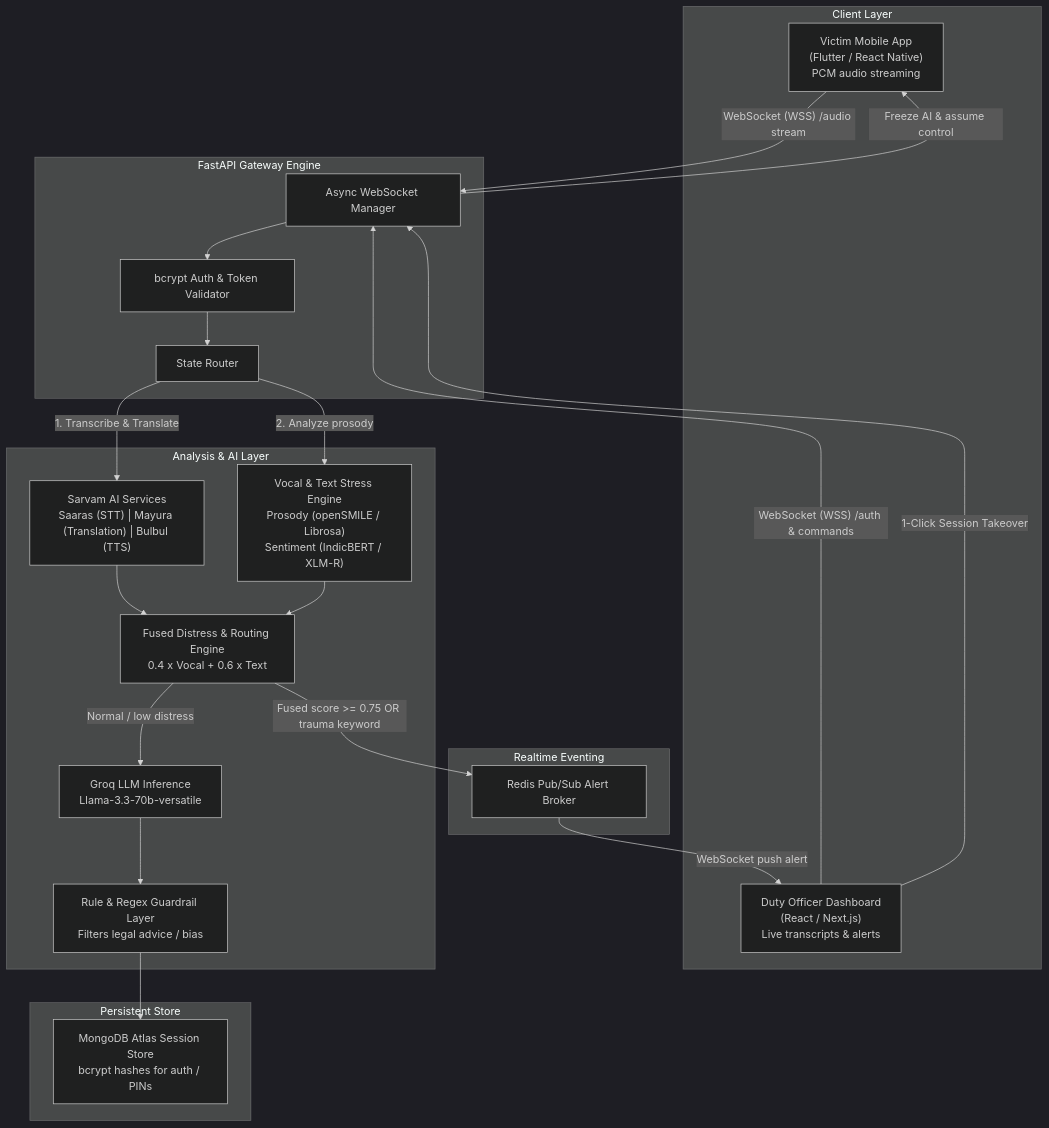
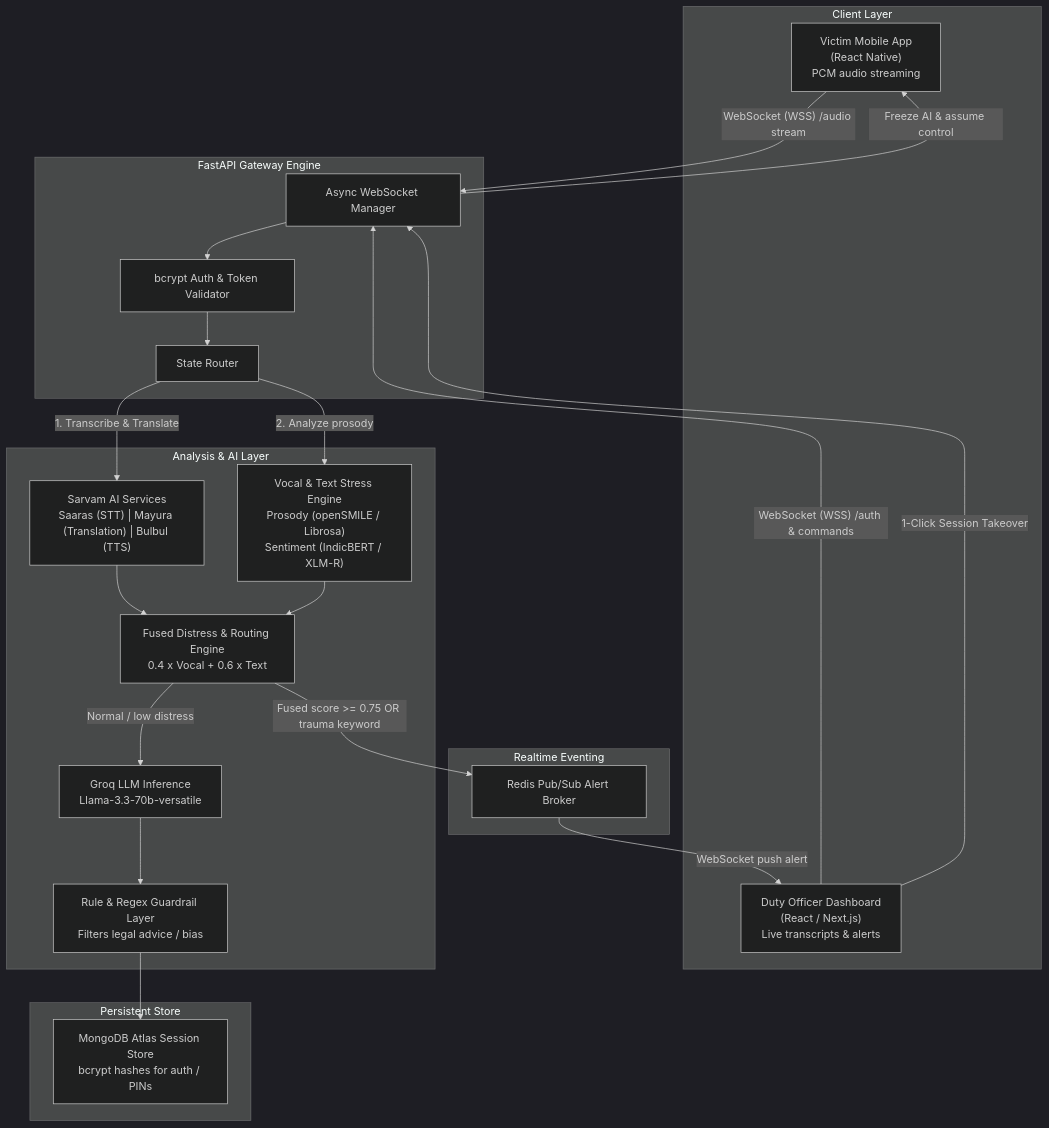
The first of 2 diagrams in README.md (suyashB45/SIH-PROJECT-2026), drawn with Mermaid (dark theme) before and after one commit. The commit also changed other lines of this file, not shown here.

Commit message:
Update README.md: Correct technology stack for Frontend & UI/UX Engineer and adjust client app description

````diff
--- a/README.md
+++ b/README.md
@@ -72,51 +72,51 @@
 ```mermaid
 flowchart TB
     subgraph Client["Client Layer"]
-        Mobile["Victim Mobile App<br/>(Flutter / React Native)<br/>PCM audio streaming"]
+        Mobile["Victim Mobile App<br/>(React Native)<br/>PCM audio streaming"]
         Officer["Duty Officer Dashboard<br/>(React / Next.js)<br/>Live transcripts & alerts"]
     end
 
     subgraph Gateway["FastAPI Gateway Engine"]
         WSMan["Async WebSocket Manager"]
         Auth["bcrypt Auth & Token Validator"]
         Router["State Router"]
     end
 
     subgraph Analysis["Analysis & AI Layer"]
         Sarvam["Sarvam AI Services<br/>Saaras (STT) | Mayura (Translation) | Bulbul (TTS)"]
         Vocal["Vocal & Text Stress Engine<br/>Prosody (openSMILE / Librosa)<br/>Sentiment (IndicBERT / XLM-R)"]
         Fusion["Fused Distress & Routing Engine<br/>0.4 x Vocal + 0.6 x Text"]
         Groq["Groq LLM Inference<br/>Llama-3.3-70b-versatile"]
         Guard["Rule & Regex Guardrail Layer<br/>Filters legal advice / bias"]
     end
 
     subgraph Eventing["Realtime Eventing"]
         Redis["Redis Pub/Sub Alert Broker"]
     end
 
     subgraph Storage["Persistent Store"]
         Mongo["MongoDB Atlas Session Store<br/>bcrypt hashes for auth / PINs"]
     end
 
     Mobile -->|"WebSocket (WSS) /audio stream"| WSMan
     Officer -->|"WebSocket (WSS) /auth & commands"| WSMan
 
     WSMan --> Auth
     Auth --> Router
 
     Router -->|"1. Transcribe & Translate"| Sarvam
     Router -->|"2. Analyze prosody"| Vocal
 
     Sarvam --> Fusion
     Vocal --> Fusion
 
     Fusion -->|"Fused score >= 0.75 OR trauma keyword"| Redis
     Fusion -->|"Normal / low distress"| Groq
 
     Groq --> Guard --> Mongo
 
     Redis -->|"WebSocket push alert"| Officer
 
     Officer -->|"1-Click Session Takeover"| WSMan
     WSMan -->|"Freeze AI & assume control"| Mobile
 ```
````
